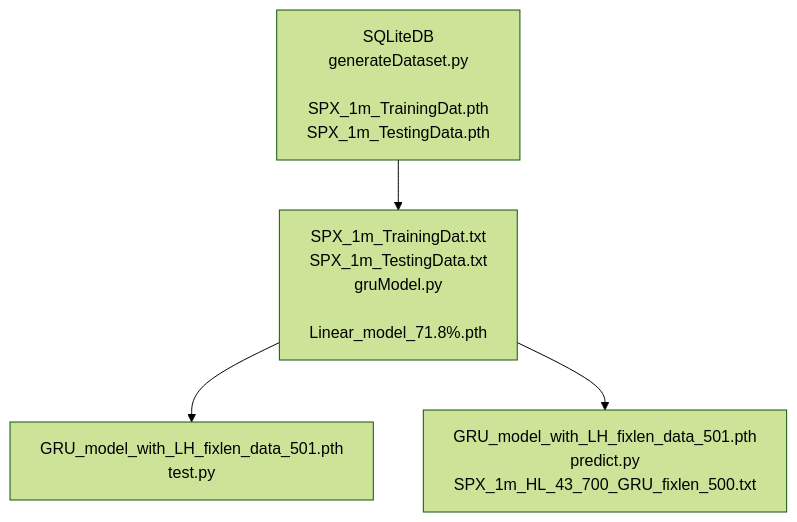
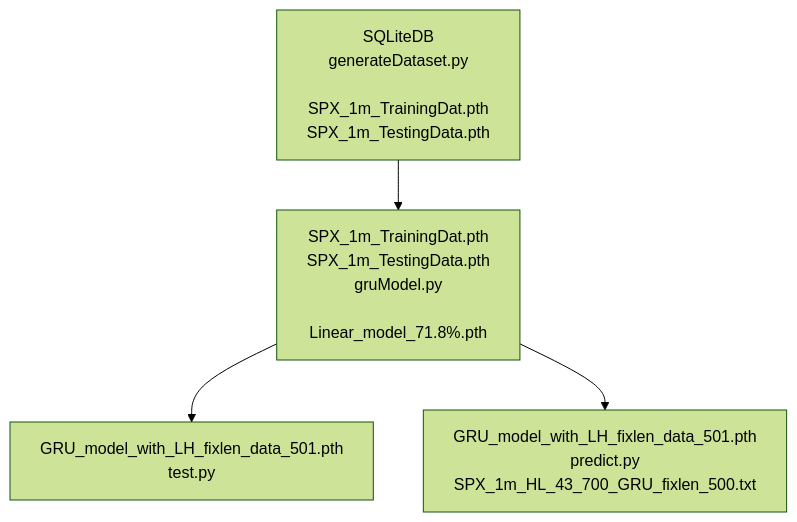
One commit to weip2008/LearnTorch changed the first of 2 diagrams in gru/doc/gru.md. Above: the diagram before and after it, drawn with Mermaid (forest theme). The commit also changed 4 other files, not shown here.

````diff
--- a/gru/doc/gru.md
+++ b/gru/doc/gru.md
@@ -3,11 +3,11 @@
 ```mermaid
 graph TB
 
 Data[SQLiteDB<br>generateDataset.py<br><br>SPX_1m_TrainingDat.pth<br>SPX_1m_TestingData.pth]
-Model[SPX_1m_TrainingDat.txt<br>SPX_1m_TestingData.txt<br>gruModel.py<br><br>Linear_model_71.8%.pth]
+Model[SPX_1m_TrainingDat.pth<br>SPX_1m_TestingData.pth<br>gruModel.py<br><br>Linear_model_71.8%.pth]
 Test[GRU_model_with_LH_fixlen_data_501.pth<br>test.py]
 Pred[GRU_model_with_LH_fixlen_data_501.pth<br>predict.py<br>SPX_1m_HL_43_700_GRU_fixlen_500.txt]
 
 Data-->Model-->Test
 Model -->Pred
 ```
````
